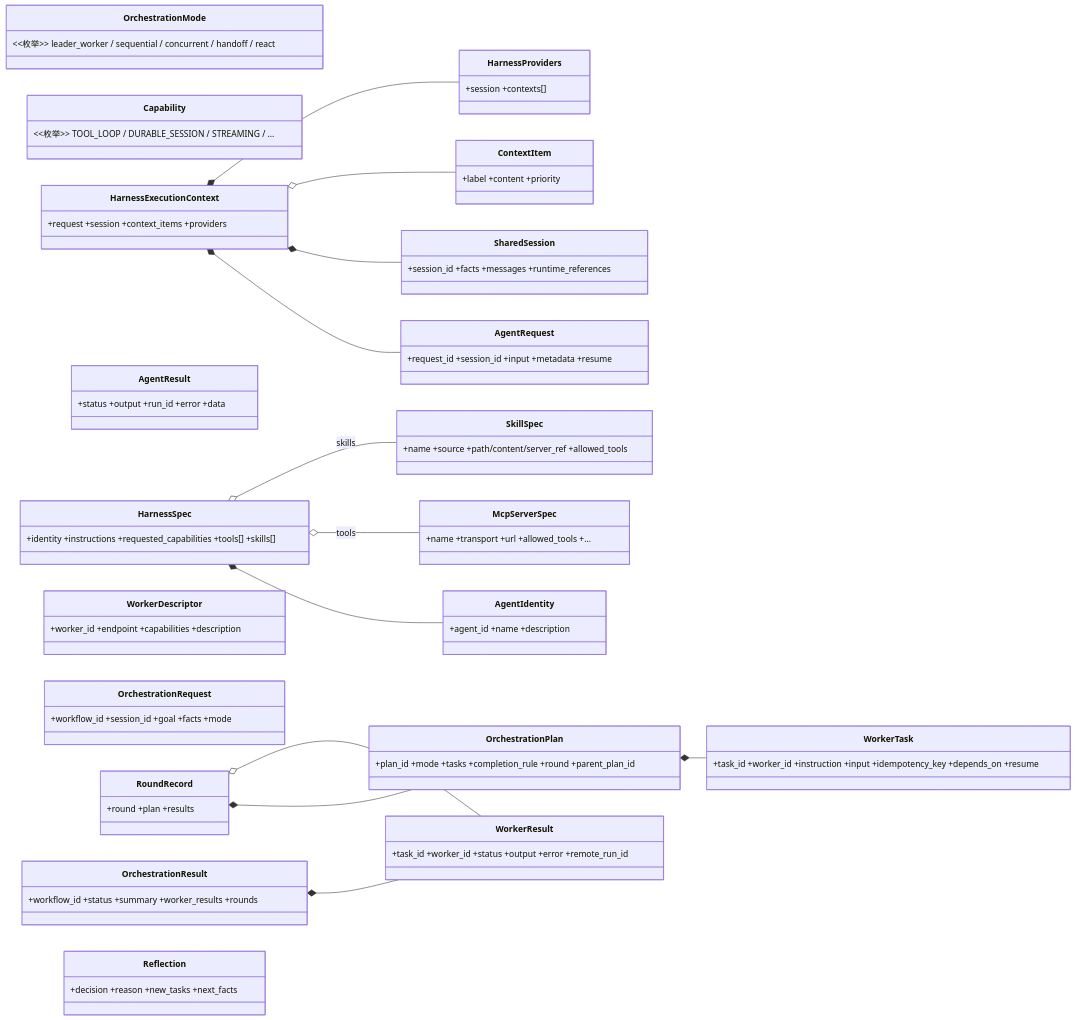
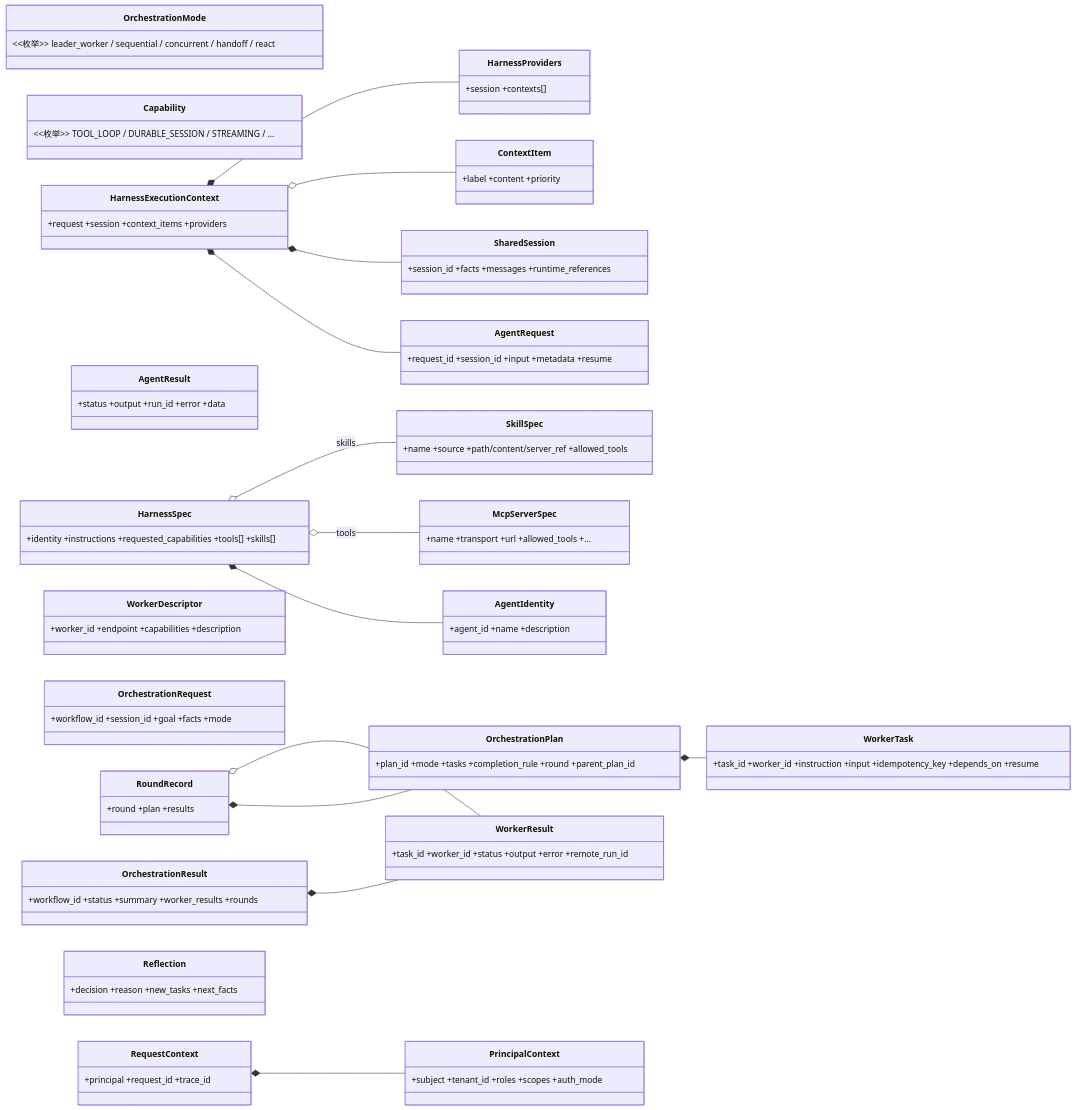
One commit to thisisfangsheng/UniversalContract changed the first of 8 diagrams in docs/02_类设计与交互.md. Above: the diagram before and after it, drawn with Mermaid. The commit also changed other lines of this file and 22 other files, not shown here.

````diff
--- a/docs/02_类设计与交互.md
+++ b/docs/02_类设计与交互.md
@@ -10,39 +10,42 @@
 ```mermaid
 classDiagram
     direction LR
 
     class OrchestrationMode {<<枚举>> leader_worker / sequential / concurrent / handoff / react}
     class Capability {<<枚举>> TOOL_LOOP / DURABLE_SESSION / STREAMING / ...}
 
     class AgentIdentity {+agent_id +name +description}
     class HarnessSpec {+identity +instructions +requested_capabilities +tools[] +skills[]}
     class AgentRequest {+request_id +session_id +input +metadata +resume}
     class AgentResult {+status +output +run_id +error +data}
     class SharedSession {+session_id +facts +messages +runtime_references}
     class ContextItem {+label +content +priority}
     class HarnessProviders {+session +contexts[]}
     class HarnessExecutionContext {+request +session +context_items +providers}
 
     class WorkerDescriptor {+worker_id +endpoint +capabilities +description}
     class WorkerTask {+task_id +worker_id +instruction +input +idempotency_key +depends_on +resume}
     class WorkerResult {+task_id +worker_id +status +output +error +remote_run_id}
     class OrchestrationRequest {+workflow_id +session_id +goal +facts +mode}
     class OrchestrationPlan {+plan_id +mode +tasks +completion_rule +round +parent_plan_id}
     class OrchestrationResult {+workflow_id +status +summary +worker_results +rounds}
     class RoundRecord {+round +plan +results}
     class Reflection {+decision +reason +new_tasks +next_facts}
     class McpServerSpec {+name +transport +url +allowed_tools +...}
     class SkillSpec {+name +source +path/content/server_ref +allowed_tools}
+    class PrincipalContext {+subject +tenant_id +roles +scopes +auth_mode}
+    class RequestContext {+principal +request_id +trace_id}
 
     HarnessSpec *-- AgentIdentity
     HarnessSpec o-- McpServerSpec : tools
     HarnessSpec o-- SkillSpec : skills
     HarnessExecutionContext *-- AgentRequest
     HarnessExecutionContext *-- SharedSession
     HarnessExecutionContext o-- ContextItem
     HarnessExecutionContext *-- HarnessProviders
     OrchestrationPlan *-- WorkerTask
     OrchestrationResult *-- WorkerResult
     RoundRecord *-- OrchestrationPlan
     RoundRecord o-- WorkerResult
+    RequestContext *-- PrincipalContext
 ```
````
